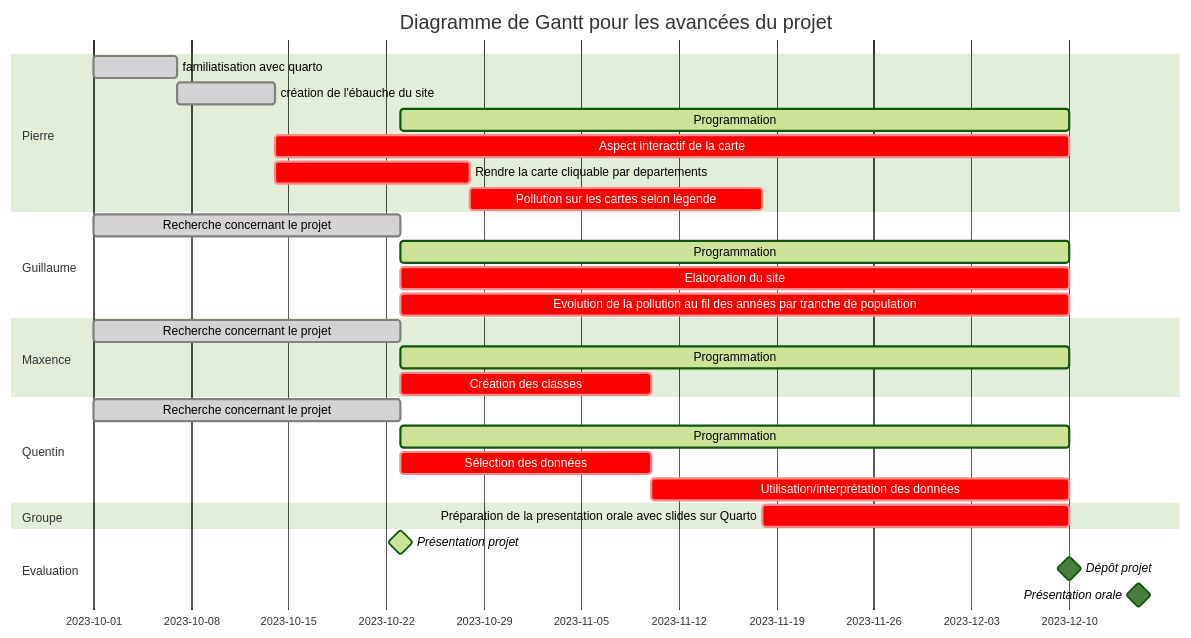
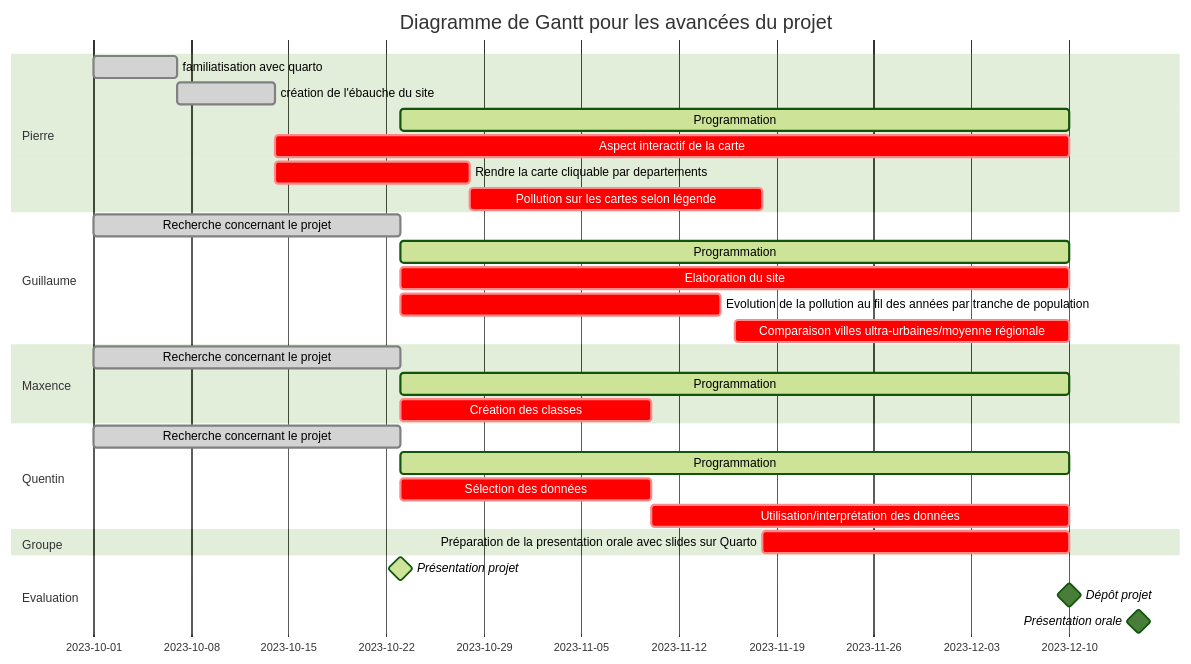
One commit to guibouland/GroupProject changed the diagram in roadmap/README.qmd. Above: the diagram before and after it, drawn with Mermaid (forest theme).

Commit message:
update readme roadmap

````diff
--- a/roadmap/README.qmd
+++ b/roadmap/README.qmd
@@ -29,39 +29,40 @@
 ```{mermaid}
     gantt
         dateFormat YYYY-MM-DD
         title Diagramme de Gantt pour les avancées du projet
         
         %% Ceci est provisoire
         section Pierre
             familiatisation avec quarto  : done,     2023-10-01, 2023-10-07
             création de l'ébauche du site : done,   2023-10-07, 2023-10-14
             Programmation : active,         2023-10-23, 2023-12-10
             Aspect interactif de la carte : crit,         2023-10-14, 2023-12-10
             Rendre la carte cliquable par departements : crit,  2023-10-14, 2023-10-28
             Pollution sur les cartes selon légende : crit, 2023-10-28, 2023-11-18
             
         section Guillaume
             Recherche concernant le projet  : done,     2023-10-01, 2023-10-23
             Programmation : active,         2023-10-23, 2023-12-10
             Elaboration du site : crit,         2023-10-23, 2023-12-10
-            Evolution de la pollution au fil des années par tranche de population: crit,    2023-10-23, 2023-12-10
+            Evolution de la pollution au fil des années par tranche de population: crit,    2023-10-23, 2023-11-15
+            Comparaison villes ultra-urbaines/moyenne régionale: crit,  2023-11-16, 2023-12-10
             
         section Maxence
             Recherche concernant le projet : done,     2023-10-01, 2023-10-23
             Programmation : active,         2023-10-23, 2023-12-10
             Création des classes : crit,         2023-10-23, 2023-11-10
             
         section Quentin
             Recherche concernant le projet : done,     2023-10-01, 2023-10-23
             Programmation : active,         2023-10-23, 2023-12-10
             Sélection des données : crit,         2023-10-23, 2023-11-10
             Utilisation/interprétation des données : crit,         2023-11-10, 2023-12-10
         section Groupe
             Préparation de la presentation orale avec slides sur Quarto : crit, 2023-11-18, 2023-12-10
         
         section Evaluation
             Présentation projet : active, milestone,     2023-10-23, 2023-10-23
             Dépôt projet : milestone,     2023-12-10, 2023-12-10
             Présentation orale : milestone,     2023-12-15, 2023-12-15
 
 ```
````
